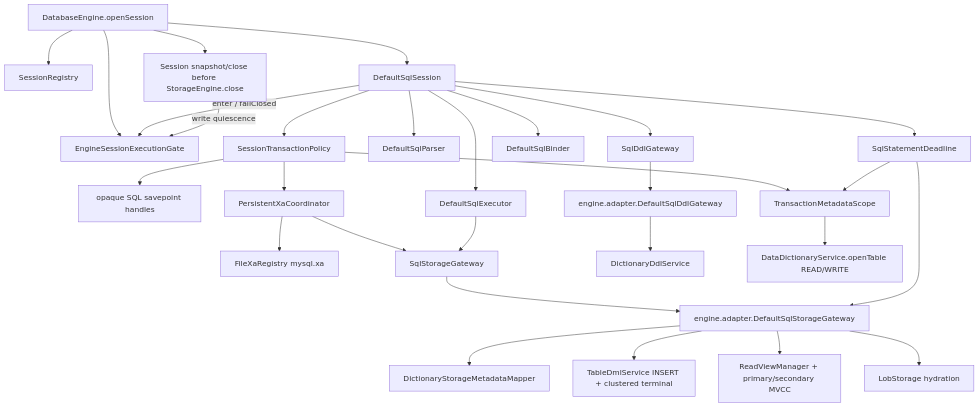
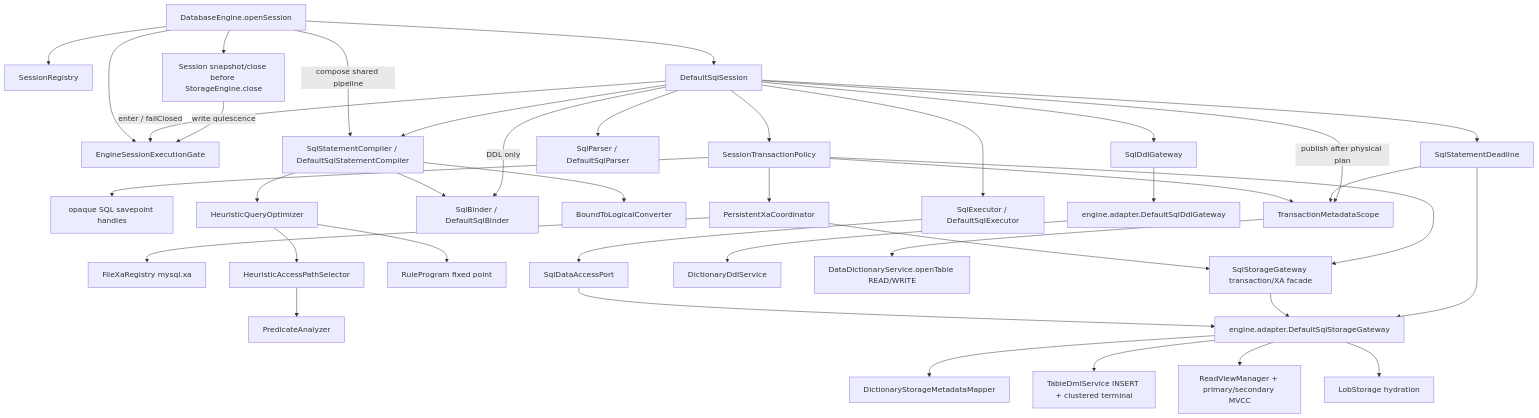
Before and after one commit to mywnlb/dbtest: diagram 12 of 12 in docs/design/current-implementation-map.md, drawn with Mermaid. The commit also changed other lines of this file and 130 other files, not shown here.

First line of the commit message:
feat(sql): implement calcite-lite planning pipeline

````diff
--- a/docs/design/current-implementation-map.md
+++ b/docs/design/current-implementation-map.md
@@ -812,31 +812,42 @@
 ```mermaid
 flowchart TD
   Engine["DatabaseEngine.openSession"] --> Registry["SessionRegistry"]
   Engine --> Session["DefaultSqlSession"]
   Engine --> Gate["EngineSessionExecutionGate"]
+  Engine -->|"compose shared pipeline"| Compiler["SqlStatementCompiler / DefaultSqlStatementCompiler"]
   Session -->|"enter / failClosed"| Gate
   Session --> Deadline["SqlStatementDeadline"]
-  Session --> Parser["DefaultSqlParser"]
+  Session --> Parser["SqlParser / DefaultSqlParser"]
   Session --> Policy["SessionTransactionPolicy"]
+  Session --> Compiler
   Policy --> Savepoints["opaque SQL savepoint handles"]
   Policy --> XaCoord["PersistentXaCoordinator"]
   XaCoord --> XaRegistry["FileXaRegistry mysql.xa"]
-  XaCoord --> Port
-  Session --> Binder["DefaultSqlBinder"]
-  Session --> Executor["DefaultSqlExecutor"]
+  XaCoord --> Gateway
+  Compiler --> Binder["SqlBinder / DefaultSqlBinder"]
+  Compiler --> Converter["BoundToLogicalConverter"]
+  Compiler --> Optimizer["HeuristicQueryOptimizer"]
+  Optimizer --> Rules["RuleProgram fixed point"]
+  Optimizer --> Selector["HeuristicAccessPathSelector"]
+  Selector --> Analyzer["PredicateAnalyzer"]
+  Session -->|"DDL only"| Binder
+  Session --> Executor["SqlExecutor / DefaultSqlExecutor"]
   Session --> DdlPort["SqlDdlGateway"]
   DdlPort --> DdlAdapter["engine.adapter.DefaultSqlDdlGateway"]
   DdlAdapter --> Ddl["DictionaryDdlService"]
   Policy --> Metadata["TransactionMetadataScope"]
   Deadline --> Metadata
+  Session -->|"publish after physical plan"| Metadata
   Metadata --> DD["DataDictionaryService.openTable READ/WRITE"]
-  Executor --> Port["SqlStorageGateway"]
-  Port --> Adapter["engine.adapter.DefaultSqlStorageGateway"]
+  Executor --> DataPort["SqlDataAccessPort"]
+  Policy --> Gateway["SqlStorageGateway transaction/XA facade"]
+  DataPort --> Adapter["engine.adapter.DefaultSqlStorageGateway"]
+  Gateway --> Adapter
   Deadline --> Adapter
   Adapter --> Mapper["DictionaryStorageMetadataMapper"]
   Adapter --> DML["TableDmlService INSERT + clustered terminal"]
   Adapter --> MVCC["ReadViewManager + primary/secondary MVCC"]
   Adapter --> LOB["LobStorage hydration"]
   Engine --> Close["Session snapshot/close before StorageEngine.close"]
   Close -->|"write quiescence"| Gate
 ```
````
